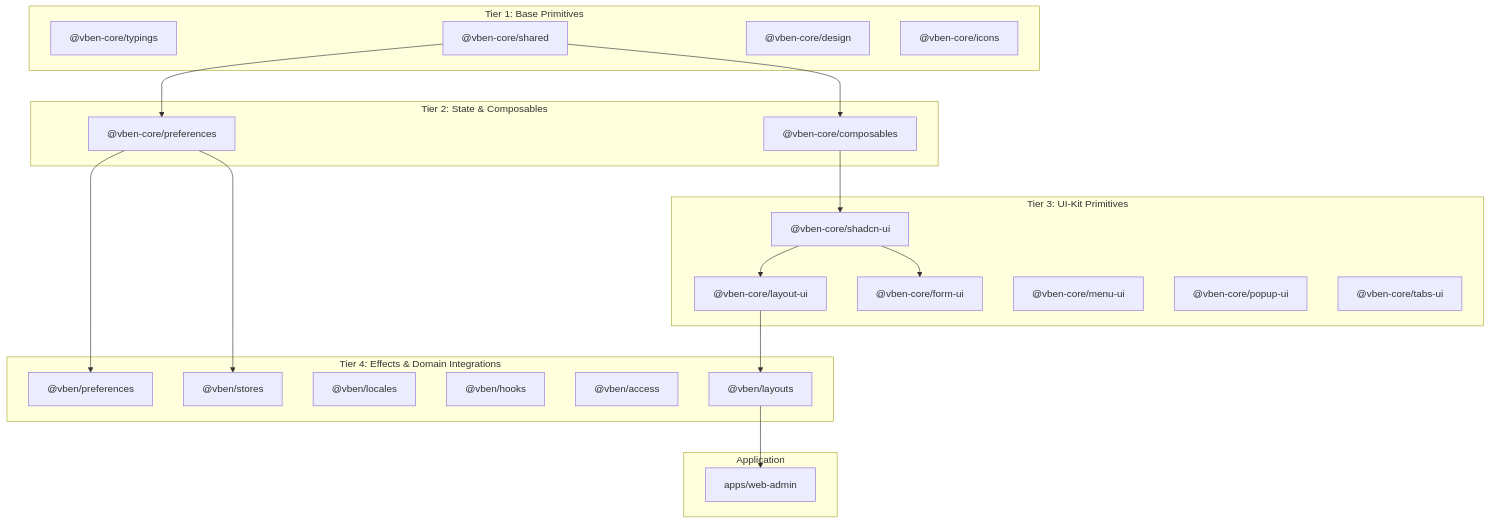
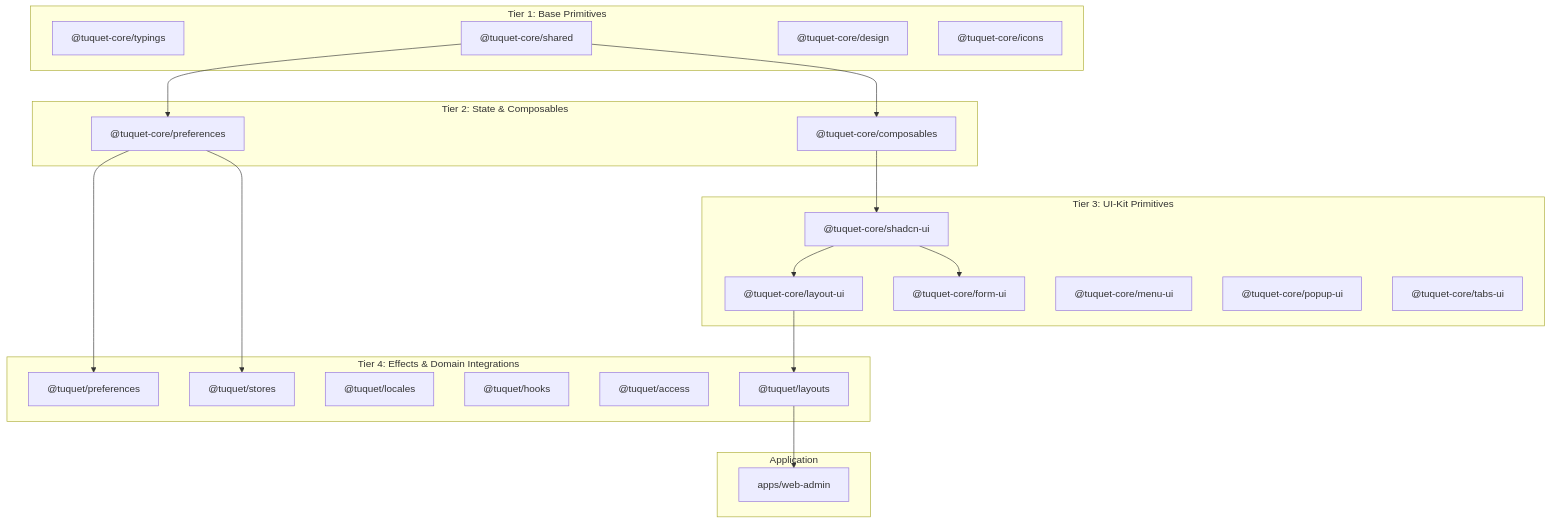
Before and after one commit to tuquet/console: the diagram in docs/specs/SPEC-platform-foundation.md, drawn with Mermaid. The commit also changed other lines of this file and 28 other files, not shown here.

````diff
--- a/docs/specs/SPEC-platform-foundation.md
+++ b/docs/specs/SPEC-platform-foundation.md
@@ -96,46 +96,46 @@
 ```mermaid
 graph TD
   subgraph Tier 1: Base Primitives
-    CORE_TYPINGS["@vben-core/typings"]
-    CORE_SHARED["@vben-core/shared"]
-    CORE_DESIGN["@vben-core/design"]
-    CORE_ICONS["@vben-core/icons"]
+    CORE_TYPINGS["@tuquet-core/typings"]
+    CORE_SHARED["@tuquet-core/shared"]
+    CORE_DESIGN["@tuquet-core/design"]
+    CORE_ICONS["@tuquet-core/icons"]
   end
 
   subgraph Tier 2: State & Composables
-    CORE_COMPOSABLES["@vben-core/composables"]
-    CORE_PREF["@vben-core/preferences"]
+    CORE_COMPOSABLES["@tuquet-core/composables"]
+    CORE_PREF["@tuquet-core/preferences"]
   end
 
   subgraph Tier 3: UI-Kit Primitives
-    UI_SHADCN["@vben-core/shadcn-ui"]
-    UI_LAYOUT["@vben-core/layout-ui"]
-    UI_FORM["@vben-core/form-ui"]
-    UI_MENU["@vben-core/menu-ui"]
-    UI_POPUP["@vben-core/popup-ui"]
-    UI_TABS["@vben-core/tabs-ui"]
+    UI_SHADCN["@tuquet-core/shadcn-ui"]
+    UI_LAYOUT["@tuquet-core/layout-ui"]
+    UI_FORM["@tuquet-core/form-ui"]
+    UI_MENU["@tuquet-core/menu-ui"]
+    UI_POPUP["@tuquet-core/popup-ui"]
+    UI_TABS["@tuquet-core/tabs-ui"]
   end
 
   subgraph Tier 4: Effects & Domain Integrations
-    VBEN_PREF["@vben/preferences"]
-    VBEN_STORES["@vben/stores"]
-    VBEN_LOCALES["@vben/locales"]
-    VBEN_HOOKS["@vben/hooks"]
-    VBEN_ACCESS["@vben/access"]
-    VBEN_LAYOUTS["@vben/layouts"]
+    VBEN_PREF["@tuquet/preferences"]
+    VBEN_STORES["@tuquet/stores"]
+    VBEN_LOCALES["@tuquet/locales"]
+    VBEN_HOOKS["@tuquet/hooks"]
+    VBEN_ACCESS["@tuquet/access"]
+    VBEN_LAYOUTS["@tuquet/layouts"]
   end
 
   subgraph Application
     WEB_ADMIN["apps/web-admin"]
   end
 
   CORE_SHARED --> CORE_COMPOSABLES
   CORE_SHARED --> CORE_PREF
   CORE_COMPOSABLES --> UI_SHADCN
   UI_SHADCN --> UI_LAYOUT
   UI_SHADCN --> UI_FORM
   CORE_PREF --> VBEN_PREF
   CORE_PREF --> VBEN_STORES
   UI_LAYOUT --> VBEN_LAYOUTS
   VBEN_LAYOUTS --> WEB_ADMIN
 ```
````
